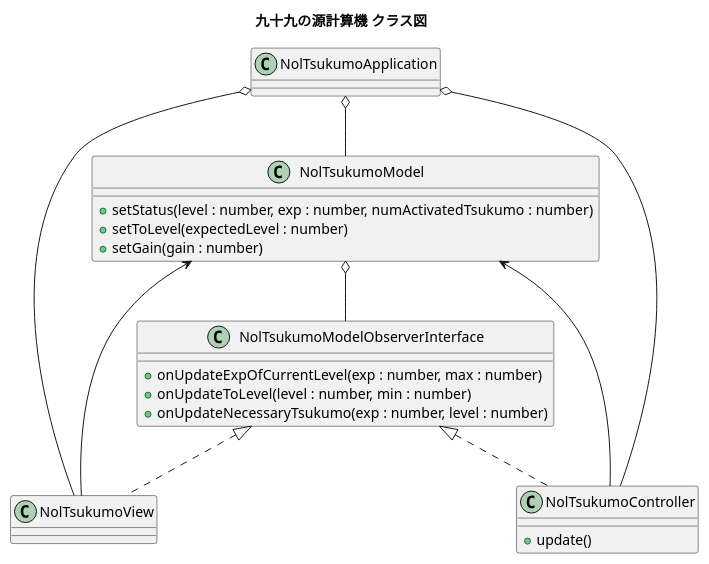
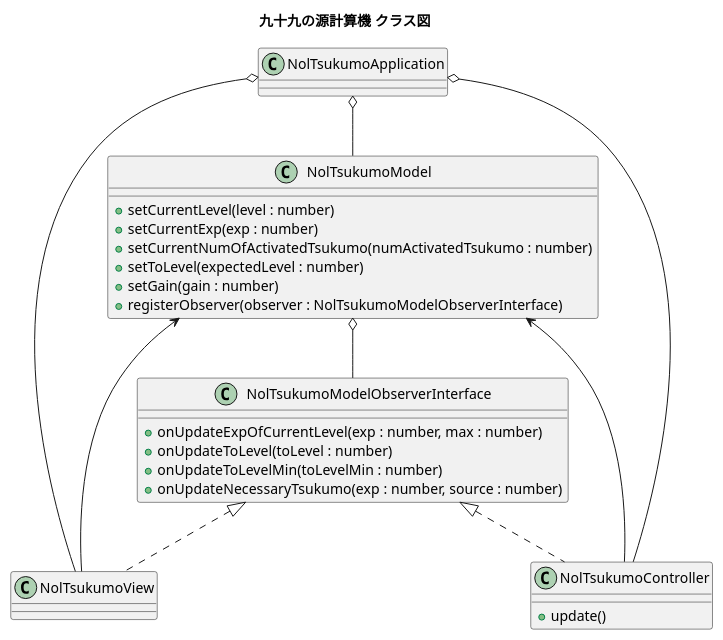
One commit to MinoruSekine/nol_tsukumo changed the diagram in uml/class.pu. Above: the diagram before and after it, drawn with PlantUML. The commit also changed 2 other files, not shown here.

Commit message:
refactoring: Modified into Model-View-Controller architecture. (#18)

```diff
--- a/uml/class.pu
+++ b/uml/class.pu
@@ -1,35 +1,39 @@
 @startuml
 
 title 九十九の源計算機 クラス図
 
 class NolTsukumoApplication
 
+class NolTsukumoModelObserverInterface {
+  +onUpdateExpOfCurrentLevel(exp : number, max : number)
+  +onUpdateToLevel(toLevel : number)
+  +onUpdateToLevelMin(toLevelMin : number)
+  +onUpdateNecessaryTsukumo(exp : number, source : number)
+}
 class NolTsukumoModel {
-  +setStatus(level : number, exp : number, numActivatedTsukumo : number)
+  +setCurrentLevel(level : number)
+  +setCurrentExp(exp : number)
+  +setCurrentNumOfActivatedTsukumo(numActivatedTsukumo : number)
   +setToLevel(expectedLevel : number)
   +setGain(gain : number)
-}
-class NolTsukumoModelObserverInterface {
-  +onUpdateExpOfCurrentLevel(exp : number, max : number)
-  +onUpdateToLevel(level : number, min : number)
-  +onUpdateNecessaryTsukumo(exp : number, level : number)
+  +registerObserver(observer : NolTsukumoModelObserverInterface)
 }
 NolTsukumoModel o-- NolTsukumoModelObserverInterface
 
 class NolTsukumoView {
 }
 NolTsukumoModelObserverInterface <|.. NolTsukumoView
 NolTsukumoView --> NolTsukumoModel
 
 class NolTsukumoController {
   +update()
 }
 NolTsukumoModelObserverInterface <|.. NolTsukumoController
 NolTsukumoController --> NolTsukumoModel
 
 NolTsukumoApplication o-- NolTsukumoModel
 NolTsukumoApplication o-- NolTsukumoView
 NolTsukumoApplication o-- NolTsukumoController
 
 
 @enduml
```
